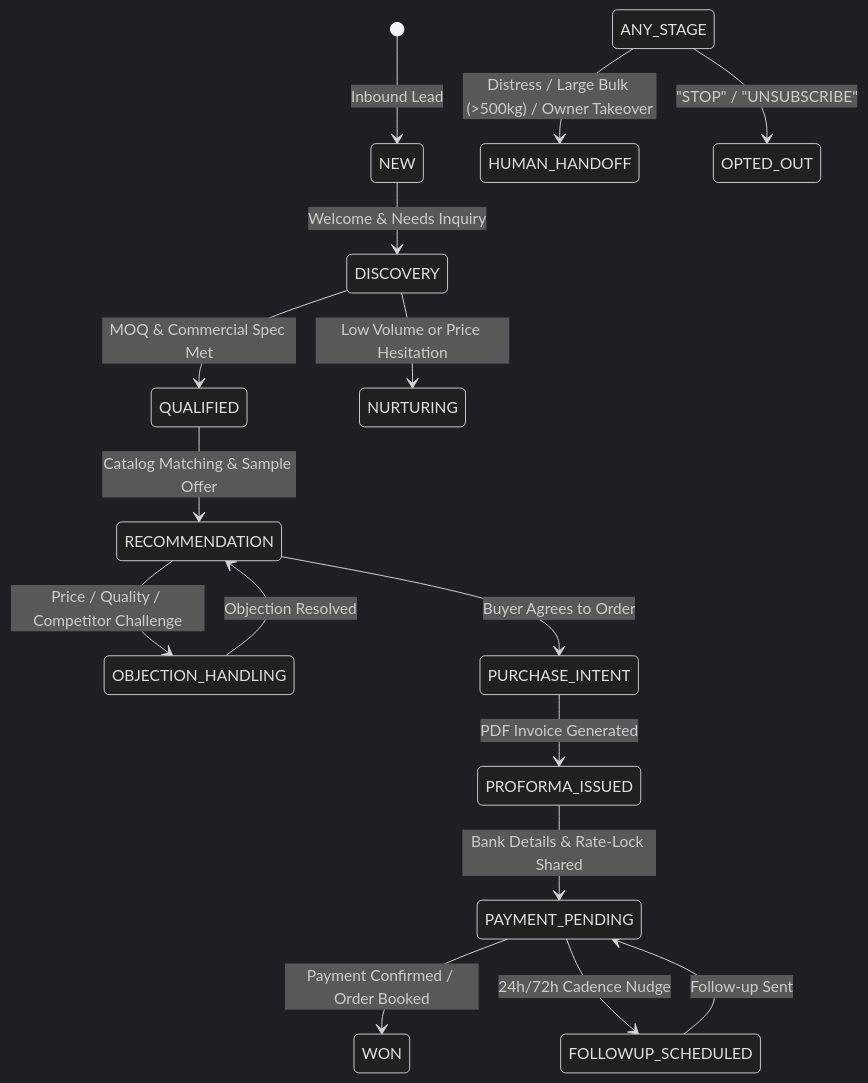
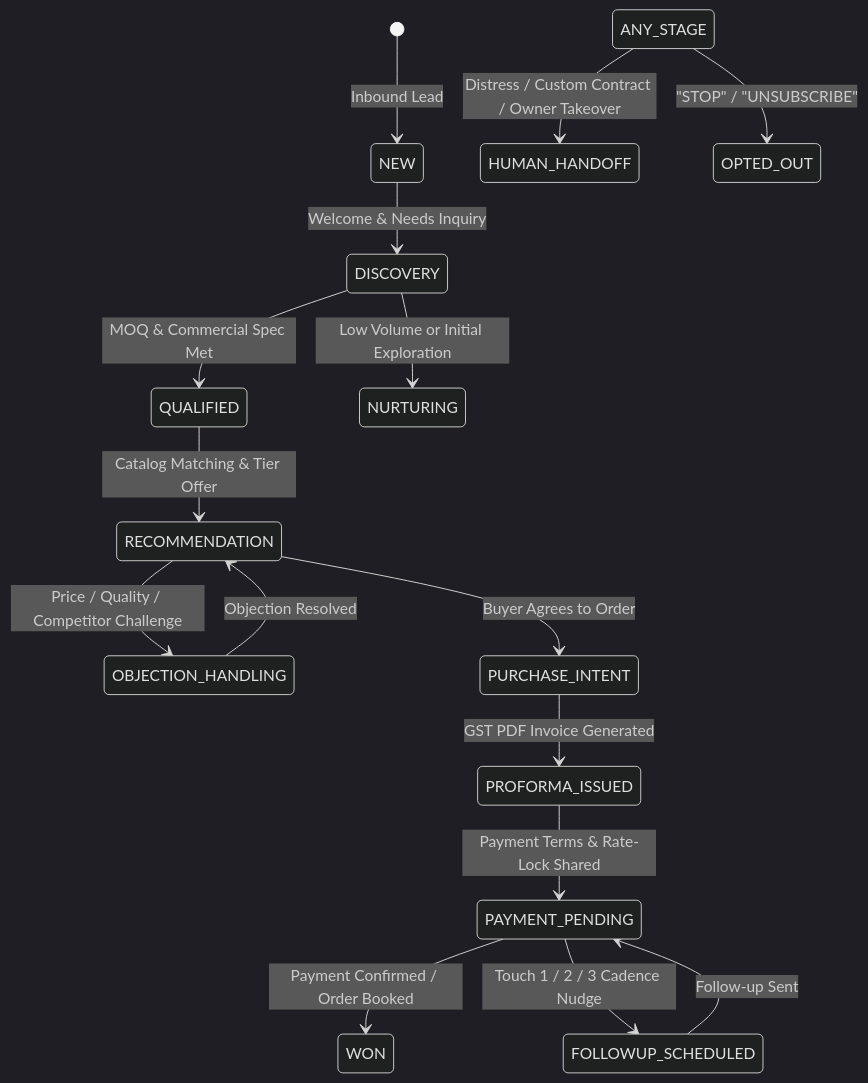
One commit to naborajs/wb-agent changed the second of 3 diagrams in assets docs/architecture.md. Above: the diagram before and after it, drawn with Mermaid (dark theme). The commit also changed other lines of this file and 3 other files, not shown here.

Commit message:
docs(core): update index MOC, architecture deep dive, visual tour (17 routes), and v2.4.0 changelog

````diff
--- a/assets docs/architecture.md
+++ b/assets docs/architecture.md
@@ -100,18 +103,18 @@
 ```mermaid
 stateDiagram-v2
     [*] --> NEW: Inbound Lead
     NEW --> DISCOVERY: Welcome & Needs Inquiry
     DISCOVERY --> QUALIFIED: MOQ & Commercial Spec Met
-    DISCOVERY --> NURTURING: Low Volume or Price Hesitation
-    QUALIFIED --> RECOMMENDATION: Catalog Matching & Sample Offer
+    DISCOVERY --> NURTURING: Low Volume or Initial Exploration
+    QUALIFIED --> RECOMMENDATION: Catalog Matching & Tier Offer
     RECOMMENDATION --> OBJECTION_HANDLING: Price / Quality / Competitor Challenge
     OBJECTION_HANDLING --> RECOMMENDATION: Objection Resolved
     RECOMMENDATION --> PURCHASE_INTENT: Buyer Agrees to Order
-    PURCHASE_INTENT --> PROFORMA_ISSUED: PDF Invoice Generated
-    PROFORMA_ISSUED --> PAYMENT_PENDING: Bank Details & Rate-Lock Shared
+    PURCHASE_INTENT --> PROFORMA_ISSUED: GST PDF Invoice Generated
+    PROFORMA_ISSUED --> PAYMENT_PENDING: Payment Terms & Rate-Lock Shared
     PAYMENT_PENDING --> WON: Payment Confirmed / Order Booked
-    PAYMENT_PENDING --> FOLLOWUP_SCHEDULED: 24h/72h Cadence Nudge
+    PAYMENT_PENDING --> FOLLOWUP_SCHEDULED: Touch 1 / 2 / 3 Cadence Nudge
     FOLLOWUP_SCHEDULED --> PAYMENT_PENDING: Follow-up Sent
-    ANY_STAGE --> HUMAN_HANDOFF: Distress / Large Bulk (>500kg) / Owner Takeover
+    ANY_STAGE --> HUMAN_HANDOFF: Distress / Custom Contract / Owner Takeover
     ANY_STAGE --> OPTED_OUT: "STOP" / "UNSUBSCRIBE"
 ```
````
